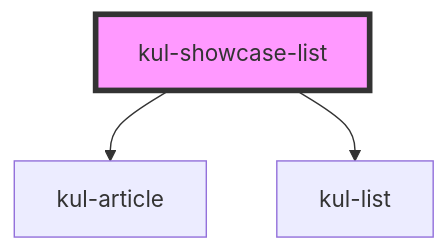
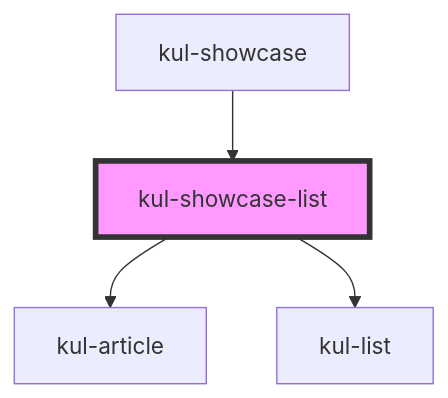
Before and after one commit to lucafoscili/ketchup-lite: the diagram in packages/ketchup-lite/src/components/kul-showcase/components/list/readme.md, drawn with Mermaid. The commit also changed other lines of this file and 45 other files, not shown here.

````diff
--- a/packages/ketchup-lite/src/components/kul-showcase/components/list/readme.md
+++ b/packages/ketchup-lite/src/components/kul-showcase/components/list/readme.md
@@ -24,6 +28,7 @@
 ```mermaid
 graph TD;
   kul-showcase-list --> kul-article
   kul-showcase-list --> kul-list
+  kul-showcase --> kul-showcase-list
   style kul-showcase-list fill:#f9f,stroke:#333,stroke-width:4px
 ```
````
